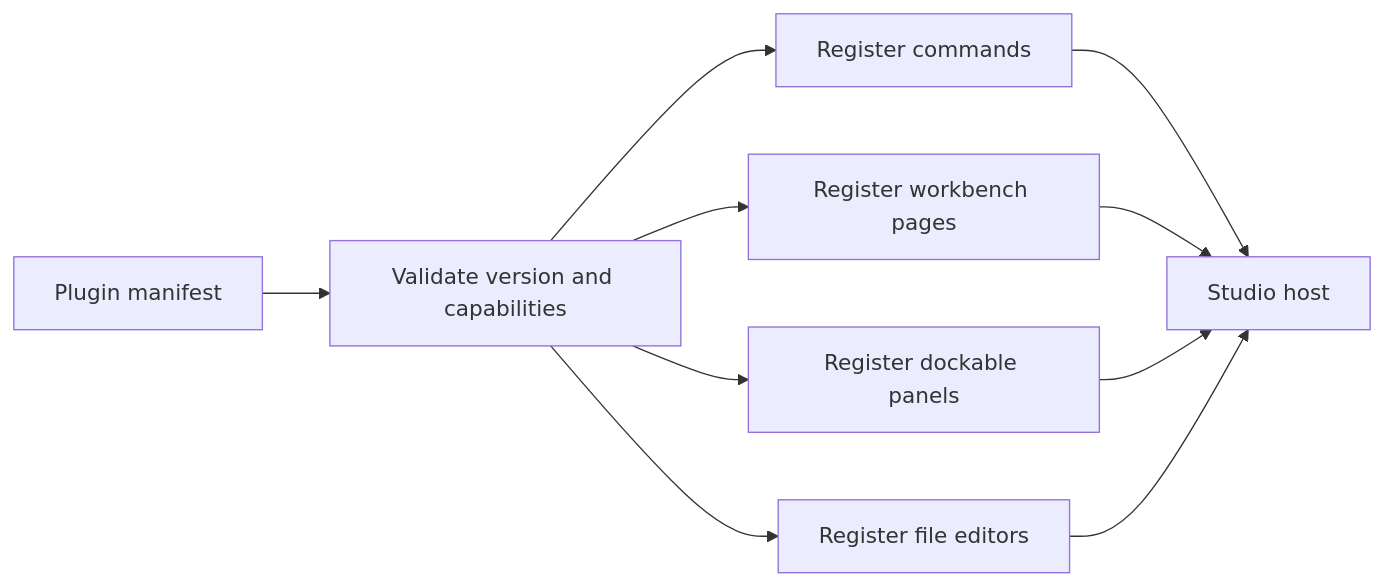
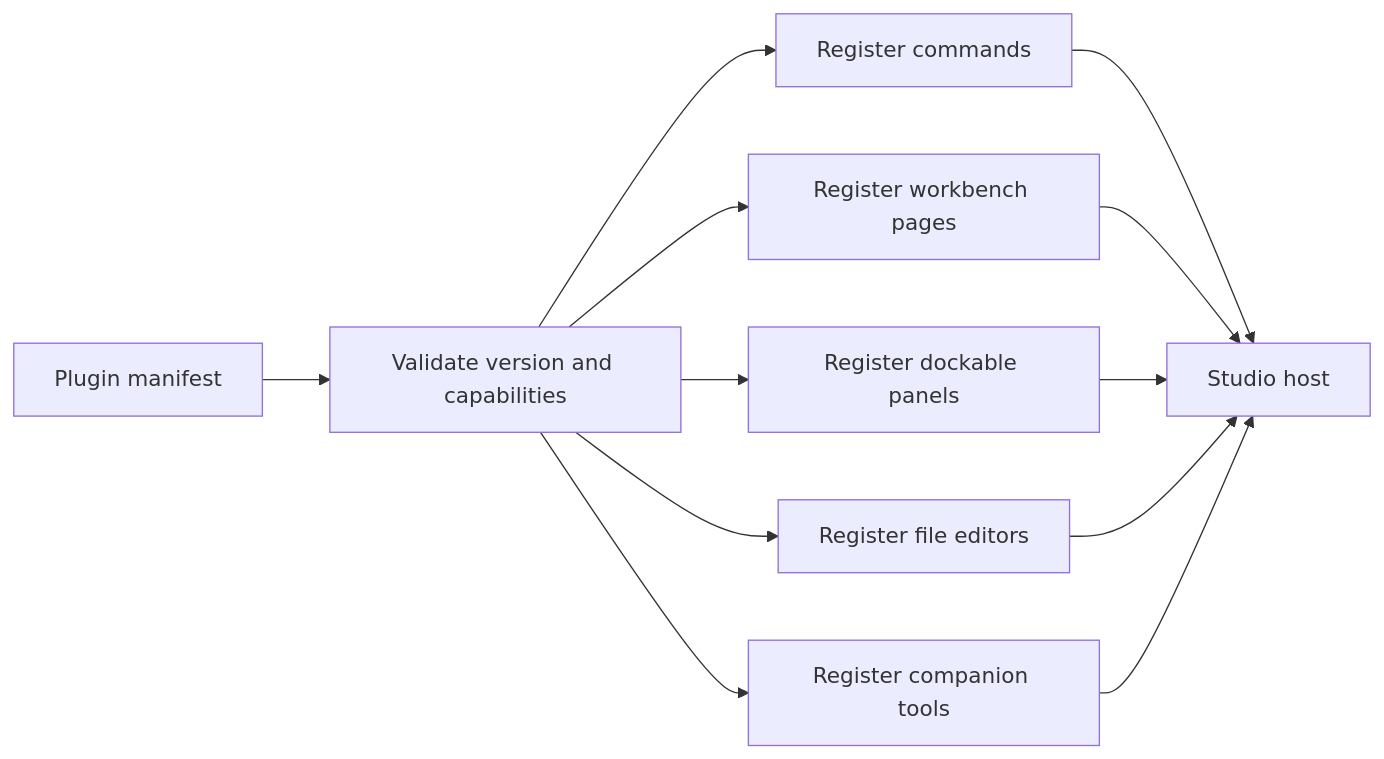
Before and after one commit to Liapoldus/studio: the first of 3 diagrams in docs/studio-plugins.md, drawn with Mermaid. The commit also changed other lines of this file and 110 other files, not shown here.

````diff
--- a/docs/studio-plugins.md
+++ b/docs/studio-plugins.md
@@ -36,12 +38,14 @@
 ```mermaid
 flowchart LR
     M["Plugin manifest"] --> V["Validate version and capabilities"]
     V --> C["Register commands"]
     V --> P["Register workbench pages"]
     V --> D["Register dockable panels"]
     V --> F["Register file editors"]
+    V --> T["Register companion tools"]
     C --> H["Studio host"]
     P --> H
     D --> H
     F --> H
+    T --> H
 ```
````
